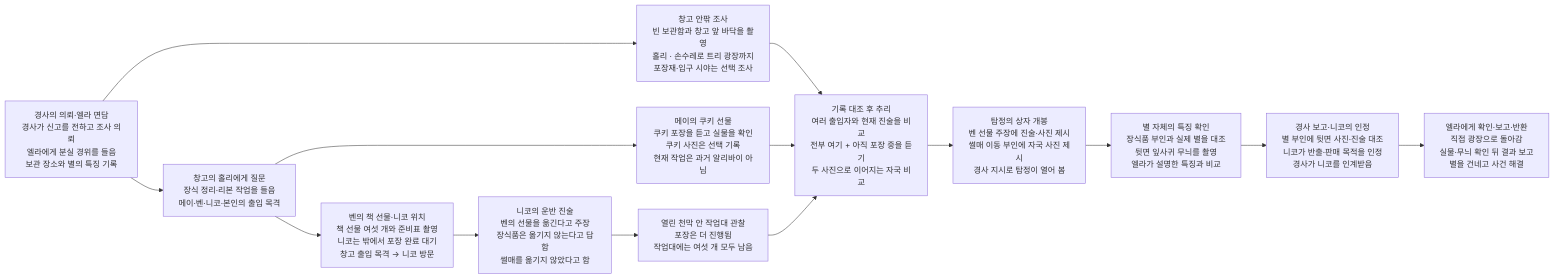
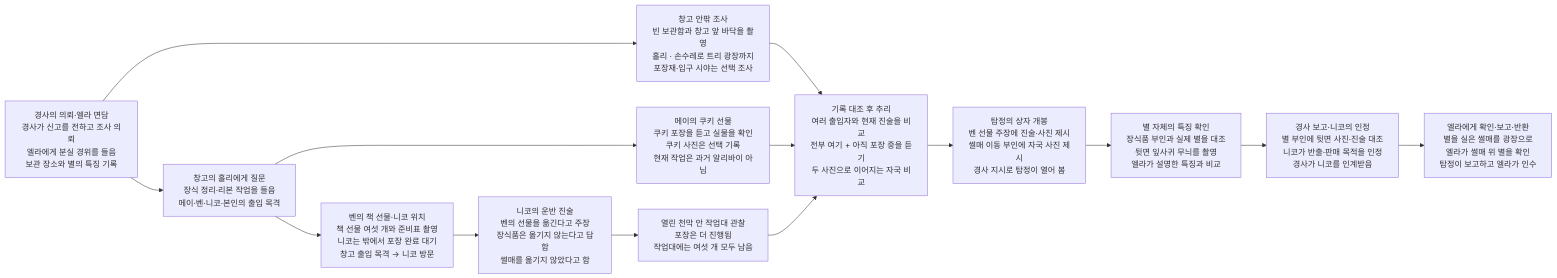
One commit to wonny95/detective-v2 changed the second of 2 diagrams in design/case-10-christmas-star.md. Above: the diagram before and after it, drawn with Mermaid. The commit also changed other lines of this file and 6 other files, not shown here.

````diff
--- a/design/case-10-christmas-star.md
+++ b/design/case-10-christmas-star.md
@@ -47,28 +47,28 @@
 ```mermaid
 flowchart LR
     s1["경사의 의뢰·엘라 면담<br/>경사가 신고를 전하고 조사 의뢰<br/>엘라에게 분실 경위를 들음<br/>보관 장소와 별의 특징 기록"]
     s2["창고의 홀리에게 질문<br/>장식 정리·리본 작업을 들음<br/>메이·벤·니코·본인의 출입 목격"]
     s3["창고 안팎 조사<br/>빈 보관함과 창고 앞 바닥을 촬영<br/>홀리 · 손수레로 트리 광장까지<br/>포장재·입구 시야는 선택 조사"]
     s4["메이의 쿠키 선물<br/>쿠키 포장을 듣고 실물을 확인<br/>쿠키 사진은 선택 기록<br/>현재 작업은 과거 알리바이 아님"]
     s5["벤의 책 선물·니코 위치<br/>책 선물 여섯 개와 준비표 촬영<br/>니코는 밖에서 포장 완료 대기<br/>창고 출입 목격 → 니코 방문"]
     s6["니코의 운반 진술<br/>벤의 선물을 옮긴다고 주장<br/>장식품은 옮기지 않는다고 답함<br/>썰매를 옮기지 않았다고 함"]
     s7["열린 천막 안 작업대 관찰<br/>포장은 더 진행됨<br/>작업대에는 여섯 개 모두 남음"]
     s8["기록 대조 후 추리<br/>여러 출입자와 현재 진술을 비교<br/>전부 여기 + 아직 포장 중을 듣기<br/>두 사진으로 이어지는 자국 비교"]
     s9["탐정의 상자 개봉<br/>벤 선물 주장에 진술·사진 제시<br/>썰매 이동 부인에 자국 사진 제시<br/>경사 지시로 탐정이 열어 봄"]
     s10["별 자체의 특징 확인<br/>장식품 부인과 실제 별을 대조<br/>뒷면 잎사귀 무늬를 촬영<br/>엘라가 설명한 특징과 비교"]
     s11["경사 보고·니코의 인정<br/>별 부인에 뒷면 사진·진술 대조<br/>니코가 반출·판매 목적을 인정<br/>경사가 니코를 인계받음"]
-    s12["엘라에게 확인·보고·반환<br/>직접 광장으로 돌아감<br/>실물·무늬 확인 뒤 결과 보고<br/>별을 건네고 사건 해결"]
+    s12["엘라에게 확인·보고·반환<br/>별을 실은 썰매를 광장으로<br/>엘라가 썰매 위 별을 확인<br/>탐정이 보고하고 엘라가 인수"]
     s1 --> s2
     s1 --> s3
     s2 --> s4
     s2 --> s5
     s3 --> s8
     s4 --> s8
     s5 --> s6
     s6 --> s7
     s7 --> s8
     s8 --> s9
     s9 --> s10
     s10 --> s11
     s11 --> s12
 ```
````
